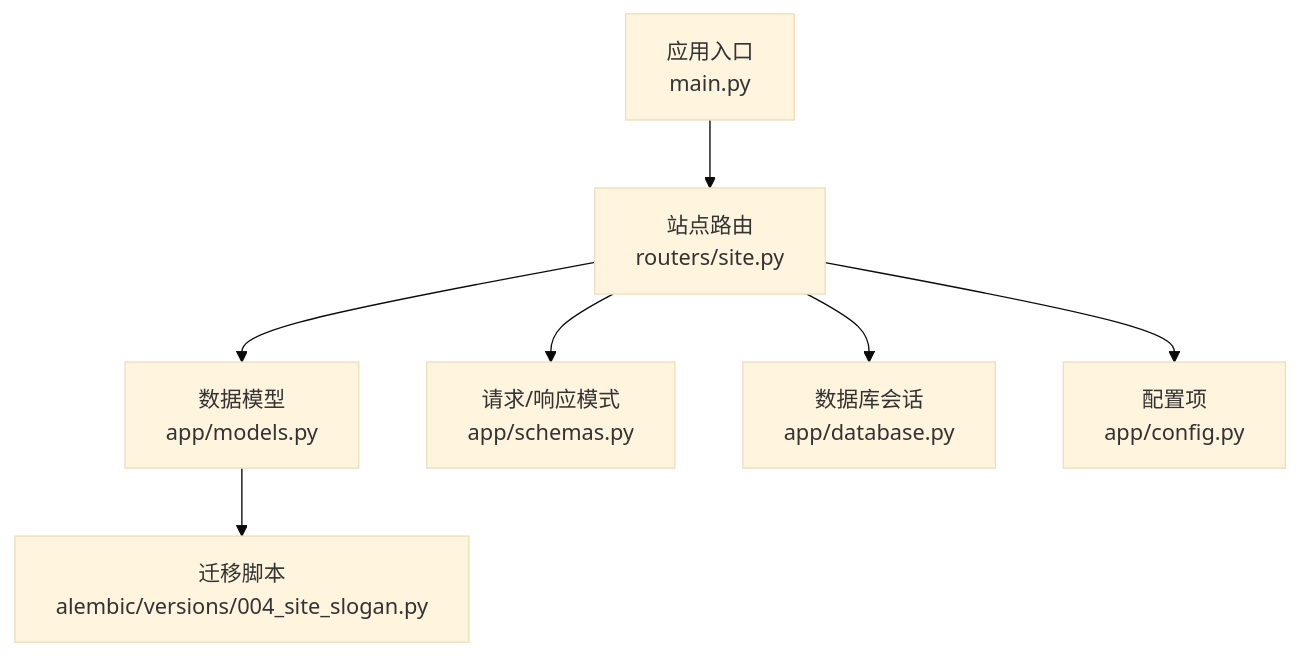
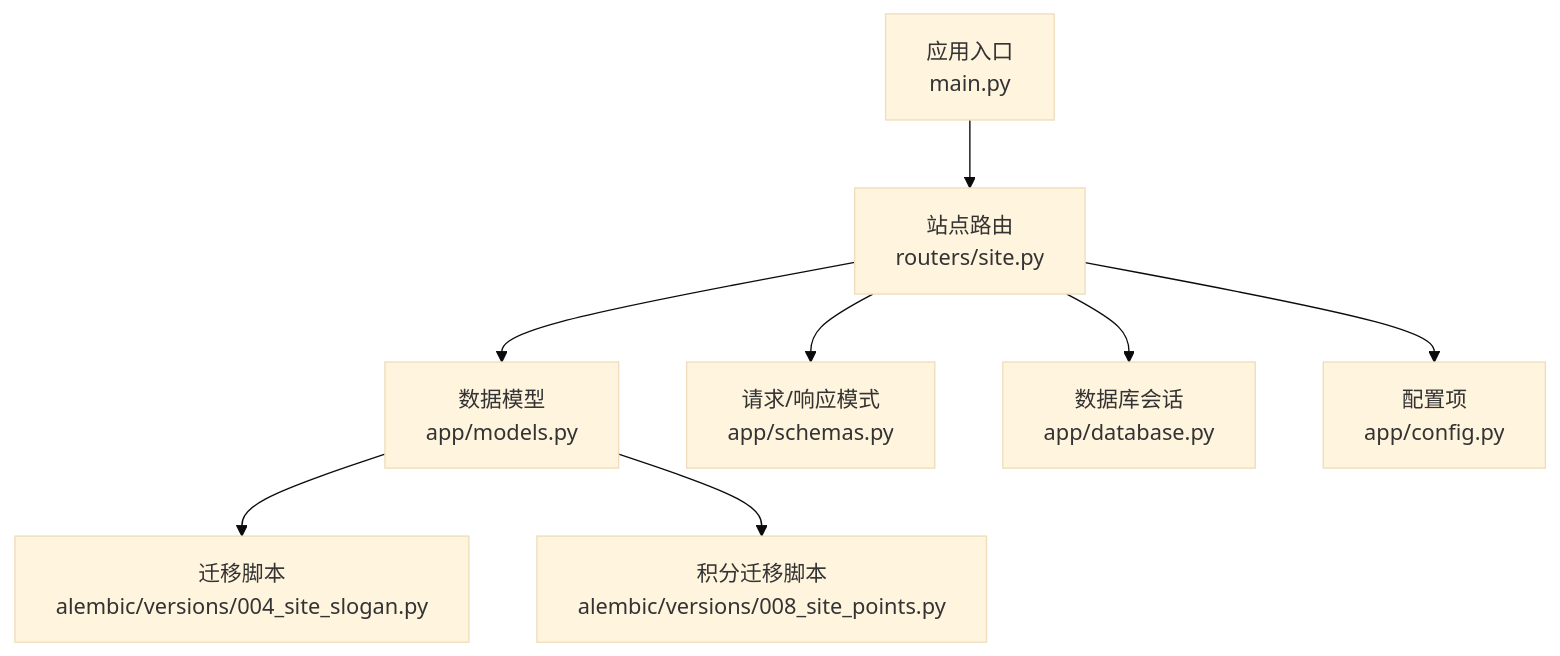
Before and after one commit to onebody/homework: the first of 4 diagrams in .qoder/repowiki/zh/content/暑假作业打卡系统/后端服务架构/路由层设计/站点管理API.md, drawn with Mermaid (base theme). The commit also changed other lines of this file and 16 other files, not shown here.

````diff
--- a/.qoder/repowiki/zh/content/暑假作业打卡系统/后端服务架构/路由层设计/站点管理API.md
+++ b/.qoder/repowiki/zh/content/暑假作业打卡系统/后端服务架构/路由层设计/站点管理API.md
@@ -32,9 +41,10 @@
 ```mermaid
 graph TB
 A["应用入口<br/>main.py"] --> B["站点路由<br/>routers/site.py"]
 B --> C["数据模型<br/>app/models.py"]
 B --> D["请求/响应模式<br/>app/schemas.py"]
 B --> E["数据库会话<br/>app/database.py"]
 B --> F["配置项<br/>app/config.py"]
 C --> G["迁移脚本<br/>alembic/versions/004_site_slogan.py"]
+C --> H["积分迁移脚本<br/>alembic/versions/008_site_points.py"]
 ```
````
